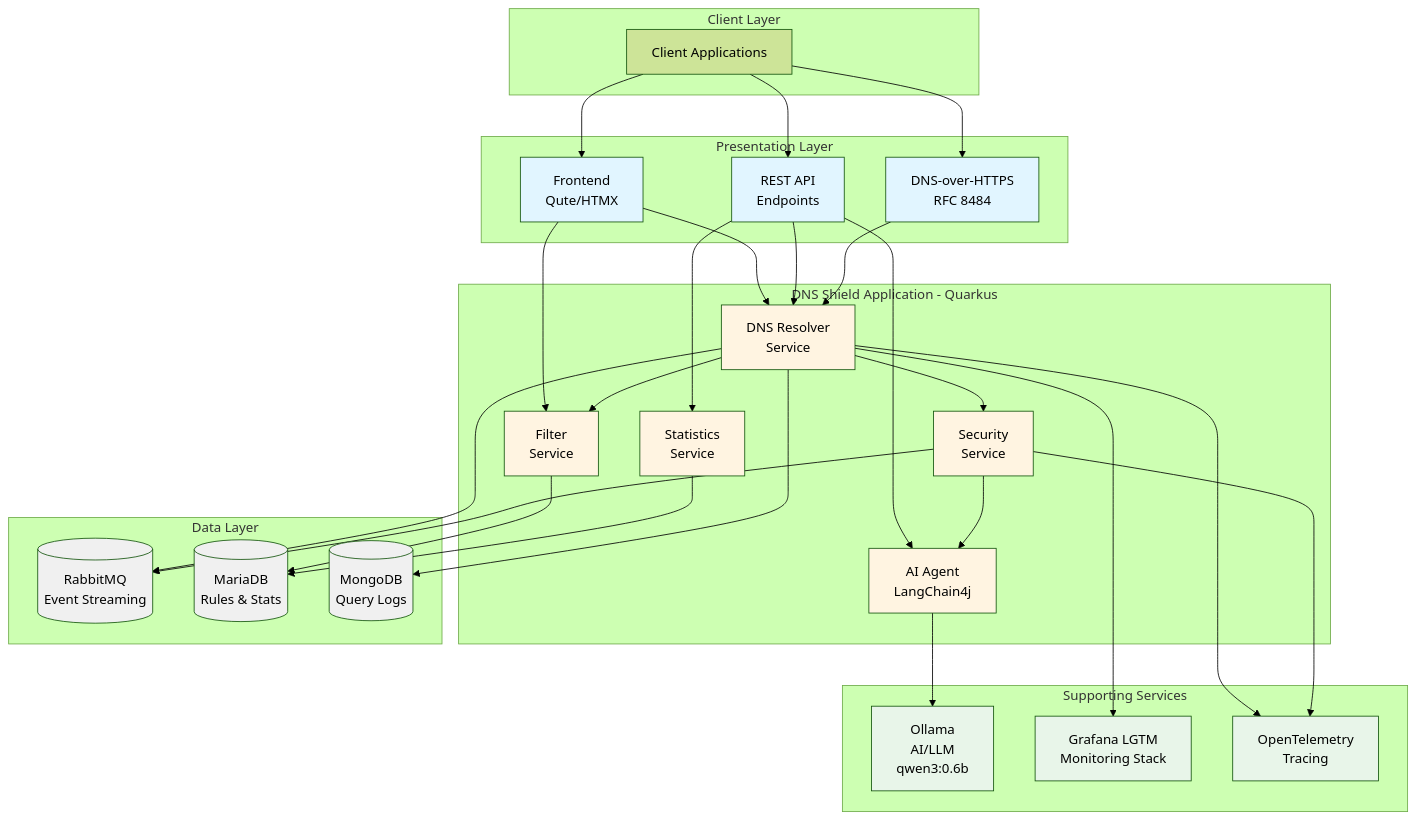
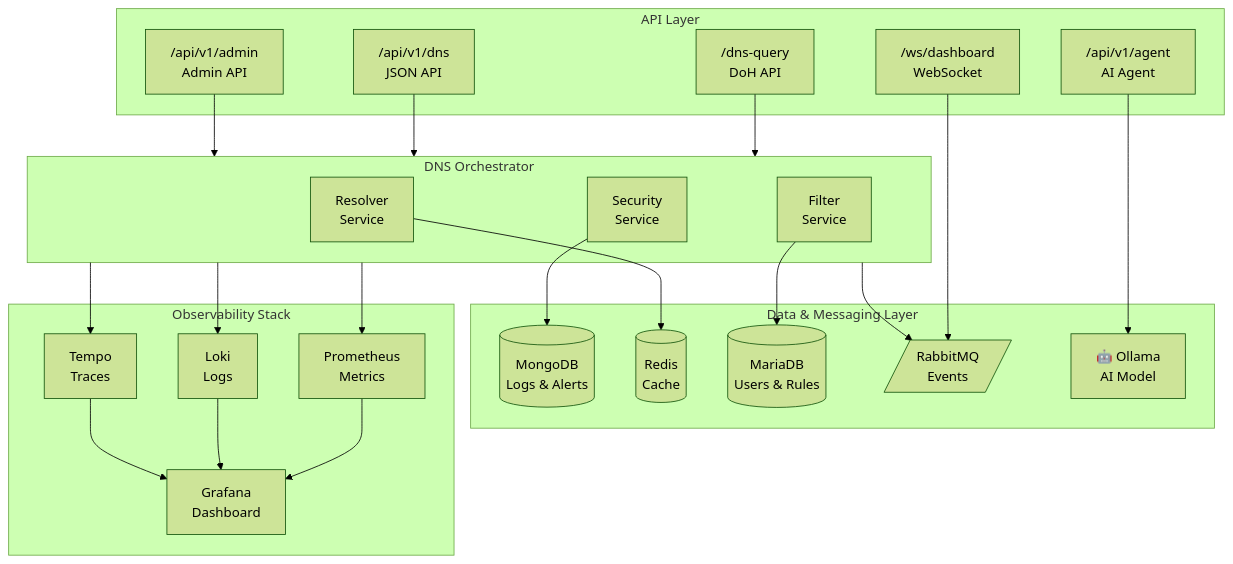
One commit to xDazld/microservices-final-project changed the diagram in README.md. Above: the diagram before and after it, drawn with Mermaid (forest theme). The commit also changed other lines of this file, not shown here.

````diff
--- a/README.md
+++ b/README.md
@@ -50,68 +68,47 @@
 ```mermaid
-graph TB
-    subgraph "Client Layer"
-        Client[Client Applications]
+flowchart TB
+    subgraph API["API Layer"]
+        DoH["/dns-query<br/>DoH API"]
+        JSON["/api/v1/dns<br/>JSON API"]
+        Admin["/api/v1/admin<br/>Admin API"]
+        Agent["/api/v1/agent<br/>AI Agent"]
+        WS["/ws/dashboard<br/>WebSocket"]
     end
 
-    subgraph "Presentation Layer"
-        Frontend[Frontend<br/>Qute/HTMX]
-        RestAPI[REST API<br/>Endpoints]
-        DoH[DNS-over-HTTPS<br/>RFC 8484]
+    subgraph Core["DNS Orchestrator"]
+        Resolver["Resolver<br/>Service"]
+        Filter["Filter<br/>Service"]
+        Security["Security<br/>Service"]
     end
 
-    subgraph "DNS Shield Application - Quarkus"
-        DNSResolver[DNS Resolver<br/>Service]
-        SecuritySvc[Security<br/>Service]
-        AIAgent[AI Agent<br/>LangChain4j]
-        FilterSvc[Filter<br/>Service]
-        StatsSvc[Statistics<br/>Service]
+    subgraph Data["Data & Messaging Layer"]
+        MongoDB[(MongoDB<br/>Logs & Alerts)]
+        Redis[(Redis<br/>Cache)]
+        MariaDB[(MariaDB<br/>Users & Rules)]
+        RabbitMQ[/RabbitMQ<br/>Events/]
+        Ollama["🤖 Ollama<br/>AI Model"]
     end
 
-    subgraph "Data Layer"
-        RabbitMQ[(RabbitMQ<br/>Event Streaming)]
-        MariaDB[(MariaDB<br/>Rules & Stats)]
-        MongoDB[(MongoDB<br/>Query Logs)]
+    subgraph Observability["Observability Stack"]
+        Prometheus["Prometheus<br/>Metrics"]
+        Loki["Loki<br/>Logs"]
+        Tempo["Tempo<br/>Traces"]
+        Grafana["Grafana<br/>Dashboard"]
     end
 
-    subgraph "Supporting Services"
-        Ollama[Ollama<br/>AI/LLM<br/>qwen3:0.6b]
-        Grafana[Grafana LGTM<br/>Monitoring Stack]
-        OTel[OpenTelemetry<br/>Tracing]
-    end
-
-    Client --> Frontend
-    Client --> RestAPI
-    Client --> DoH
-    Frontend --> DNSResolver
-    RestAPI --> DNSResolver
-    DoH --> DNSResolver
-    Frontend --> FilterSvc
-    RestAPI --> AIAgent
-    RestAPI --> StatsSvc
-    DNSResolver --> SecuritySvc
-    DNSResolver --> FilterSvc
-    SecuritySvc --> AIAgent
-    DNSResolver --> RabbitMQ
-    SecuritySvc --> RabbitMQ
-    FilterSvc --> MariaDB
-    DNSResolver --> MongoDB
-    StatsSvc --> MariaDB
-    AIAgent --> Ollama
-    DNSResolver --> OTel
-    SecuritySvc --> OTel
-    DNSResolver --> Grafana
-    style Frontend fill: #e1f5ff
-    style RestAPI fill: #e1f5ff
-    style DoH fill: #e1f5ff
-    style DNSResolver fill: #fff4e1
-    style SecuritySvc fill: #fff4e1
-    style AIAgent fill: #fff4e1
-    style FilterSvc fill: #fff4e1
-    style StatsSvc fill: #fff4e1
-    style RabbitMQ fill: #f0f0f0
-    style MariaDB fill: #f0f0f0
-    style MongoDB fill: #f0f0f0
-    style Ollama fill: #e8f5e9
-    style Grafana fill: #e8f5e9
-    style OTel fill: #e8f5e9
+    DoH --> Core
+    JSON --> Core
+    Admin --> Core
+    Agent --> Ollama
+    WS --> RabbitMQ
+    Resolver --> Redis
+    Filter --> MariaDB
+    Security --> MongoDB
+    Core --> RabbitMQ
+    Core --> Prometheus
+    Core --> Loki
+    Core --> Tempo
+    Prometheus --> Grafana
+    Loki --> Grafana
+    Tempo --> Grafana
 ```
````
